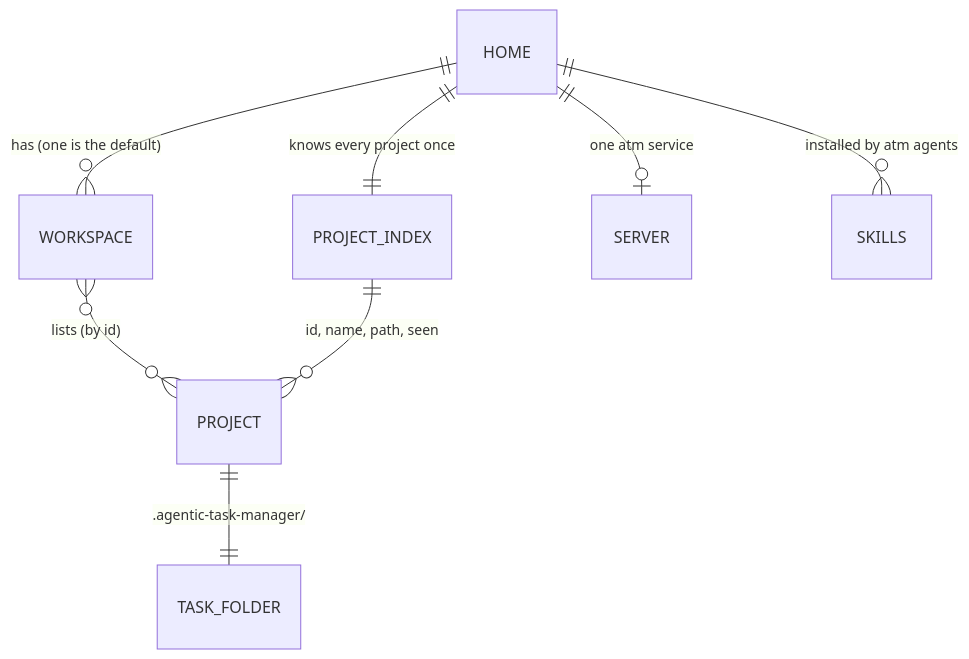
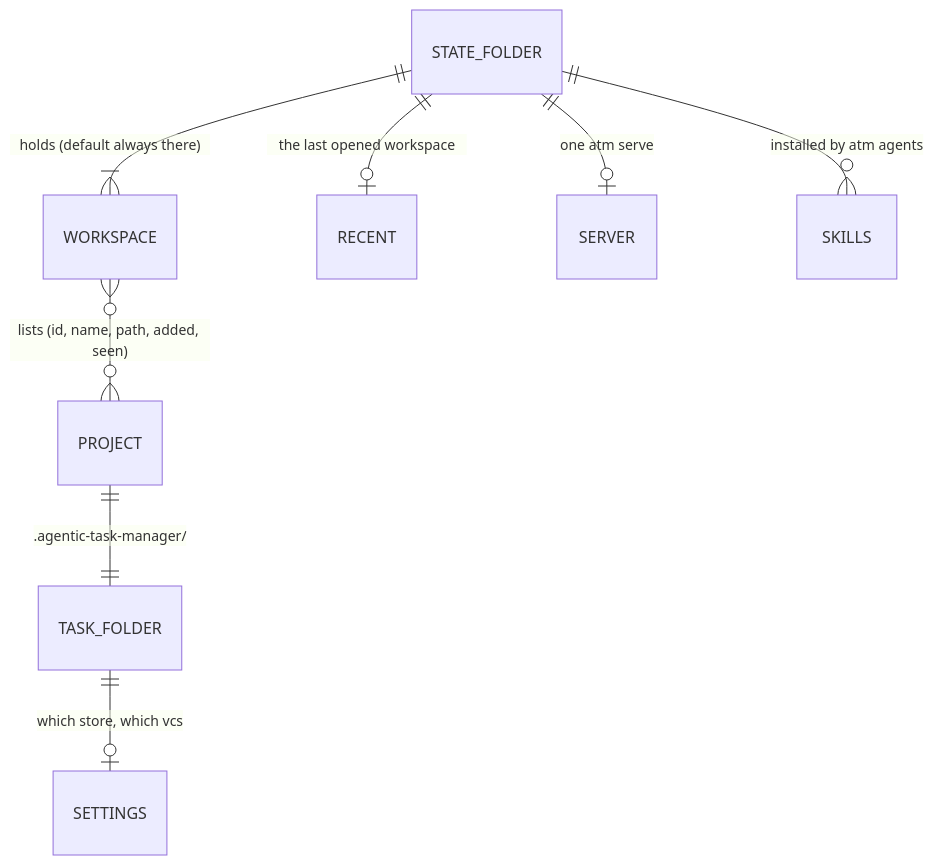
Before and after one commit to solo-swe/agentic-task-manager: the first of 4 diagrams in docs/adr/ADR-003-workspaces.md, drawn with Mermaid. The commit also changed other lines of this file, not shown here.

Commit message:
docs(T-489): ADR-003 rewritten: workspaces as state, no project index, no boot

````diff
--- a/docs/adr/ADR-003-workspaces.md
+++ b/docs/adr/ADR-003-workspaces.md
@@ -30,10 +31,10 @@
 ```mermaid
 erDiagram
-  HOME ||--o{ WORKSPACE : "has (one is the default)"
-  HOME ||--|| PROJECT_INDEX : "knows every project once"
-  WORKSPACE }o--o{ PROJECT : "lists (by id)"
-  PROJECT_INDEX ||--o{ PROJECT : "id, name, path, seen"
-  HOME ||--o| SERVER : "one atm service"
-  HOME ||--o{ SKILLS : "installed by atm agents"
+  STATE_FOLDER ||--|{ WORKSPACE : "holds (default always there)"
+  STATE_FOLDER ||--o| RECENT : "the last opened workspace"
+  STATE_FOLDER ||--o| SERVER : "one atm serve"
+  STATE_FOLDER ||--o{ SKILLS : "installed by atm agents"
+  WORKSPACE }o--o{ PROJECT : "lists (id, name, path, added, seen)"
   PROJECT ||--|| TASK_FOLDER : ".agentic-task-manager/"
+  TASK_FOLDER ||--o| SETTINGS : "which store, which vcs"
 ```
````
